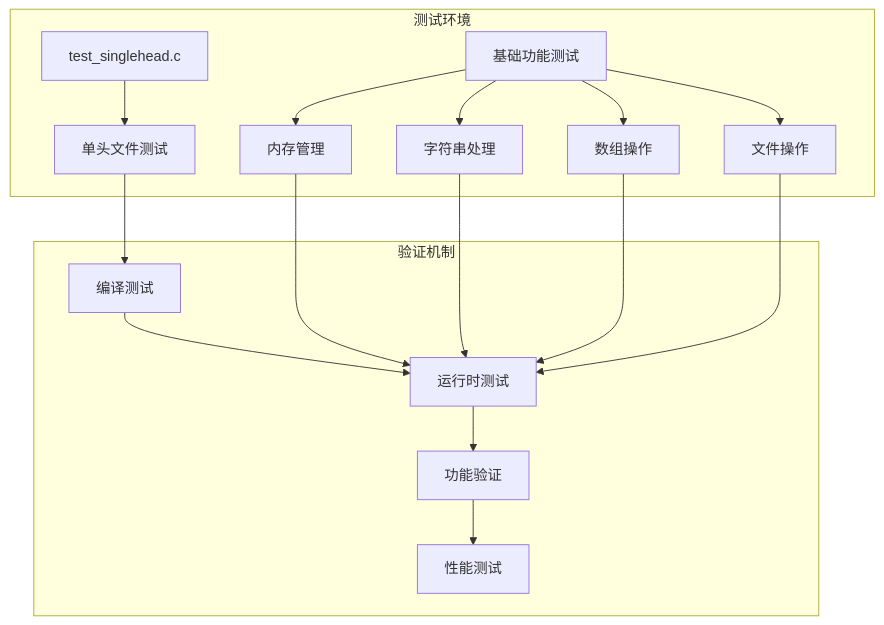
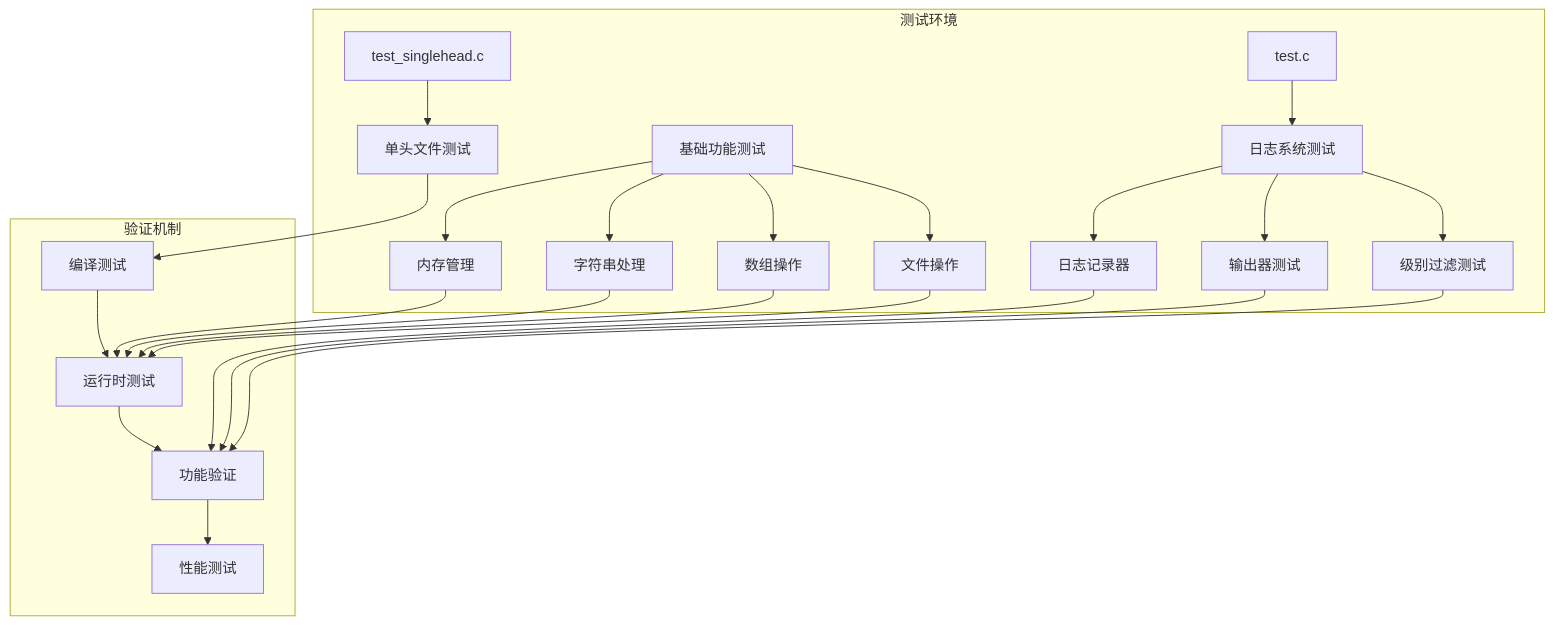
The eighth of 9 diagrams in .qoder/repowiki/zh/content/构建与部署/单头文件分发系统.md (xywhsoft/xrt), drawn with Mermaid before and after one commit. The commit also changed other lines of this file and 18 other files, not shown here.

````diff
--- a/.qoder/repowiki/zh/content/构建与部署/单头文件分发系统.md
+++ b/.qoder/repowiki/zh/content/构建与部署/单头文件分发系统.md
@@ -377,20 +668,27 @@
 ```mermaid
 graph TB
 subgraph "测试环境"
 A[test_singlehead.c] --> B[单头文件测试]
 C[基础功能测试] --> D[内存管理]
 C --> E[字符串处理]
 C --> F[数组操作]
 C --> G[文件操作]
+H[test.c] --> I[日志系统测试]
+I --> J[日志记录器]
+I --> K[输出器测试]
+I --> L[级别过滤测试]
 end
 subgraph "验证机制"
-H[编译测试] --> I[运行时测试]
-I --> J[功能验证]
-J --> K[性能测试]
+M[编译测试] --> N[运行时测试]
+N --> O[功能验证]
+O --> P[性能测试]
 end
-B --> H
-D --> I
-E --> I
-F --> I
-G --> I
+B --> M
+D --> N
+E --> N
+F --> N
+G --> N
+J --> O
+K --> O
+L --> O
 ```
````
